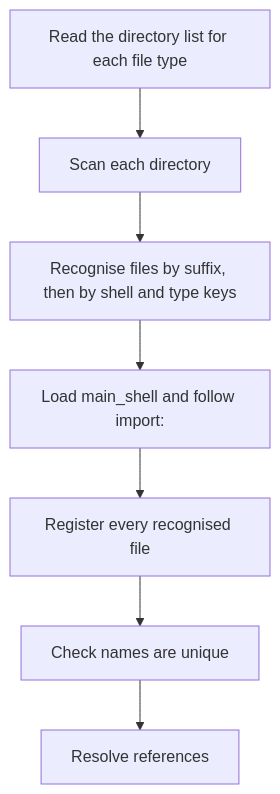
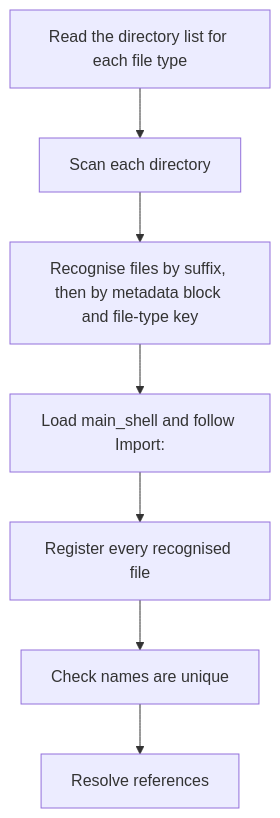
One commit to mindderivative/tess-shell changed the diagram in 40 Specifications/Runtime/Config Discovery and Registry.md. Above: the diagram before and after it, drawn with Mermaid. The commit also changed other lines of this file and 16 other files, not shown here.

````diff
--- a/40 Specifications/Runtime/Config Discovery and Registry.md
+++ b/40 Specifications/Runtime/Config Discovery and Registry.md
@@ -32,9 +32,9 @@
 ```mermaid
 flowchart TD
     a[Read the directory list for each file type] --> b[Scan each directory]
-    b --> c[Recognise files by suffix, then by shell and type keys]
-    c --> d[Load main_shell and follow import:]
+    b --> c[Recognise files by suffix, then by metadata block and file-type key]
+    c --> d[Load main_shell and follow Import:]
     d --> e[Register every recognised file]
     e --> f[Check names are unique]
     f --> g[Resolve references]
 ```
````
